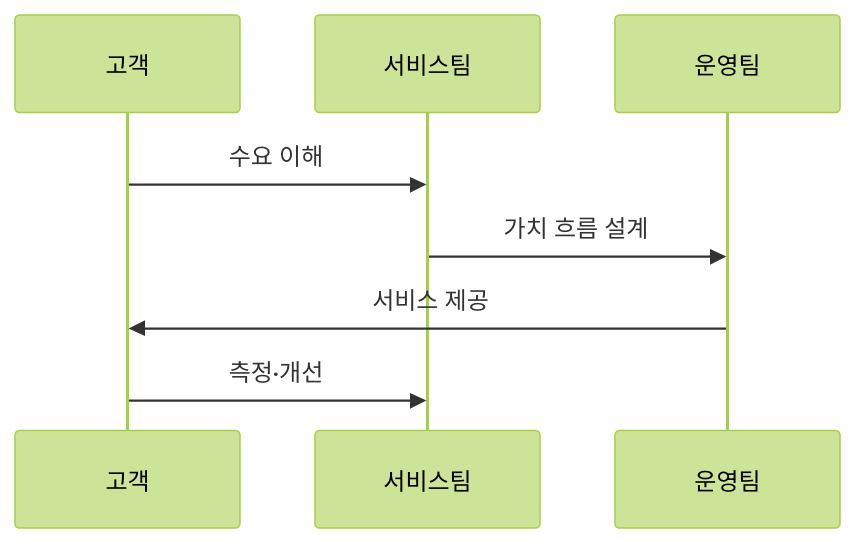
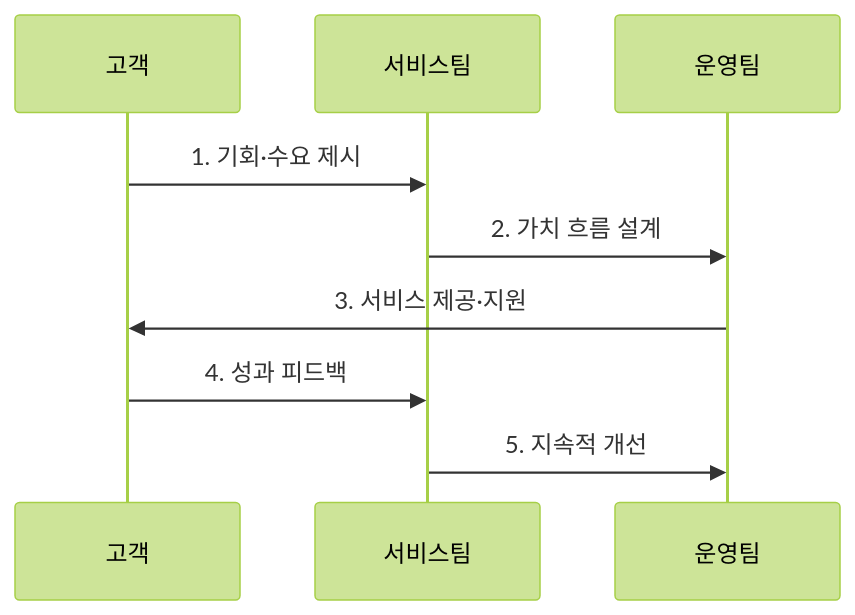
One commit to agnusdei1207/knowledge-base changed the second of 2 diagrams in src/content/docs/notes/07-law-policy/006_itil_v4_it_service_management.md. Above: the diagram before and after it, drawn with Mermaid (forest theme). The commit also changed other lines of this file and 9 other files, not shown here.

````diff
--- a/src/content/docs/notes/07-law-policy/006_itil_v4_it_service_management.md
+++ b/src/content/docs/notes/07-law-policy/006_itil_v4_it_service_management.md
@@ -77,10 +74,11 @@
 ```mermaid
 sequenceDiagram
     participant C as 고객
     participant S as 서비스팀
     participant O as 운영팀
-    C->>S: 수요 이해
-    S->>O: 가치 흐름 설계
-    O->>C: 서비스 제공
-    C->>S: 측정·개선
+    C->>S: 1. 기회·수요 제시
+    S->>O: 2. 가치 흐름 설계
+    O->>C: 3. 서비스 제공·지원
+    C->>S: 4. 성과 피드백
+    S->>O: 5. 지속적 개선
 ```
````
